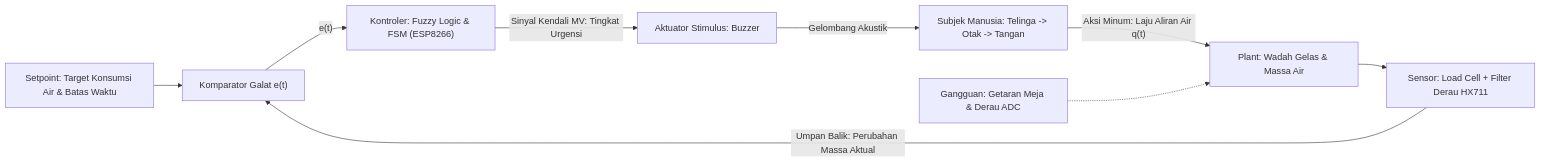
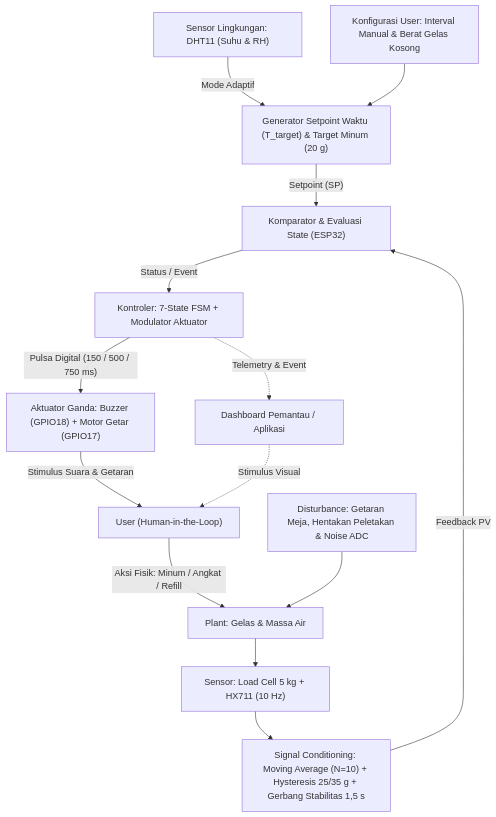
Before and after one commit to WindraNatan/Coaster: the diagram in docs/pemodelan_sistem_kendali.md, drawn with Mermaid. The commit also changed other lines of this file and 42 other files, not shown here.

````diff
--- a/docs/pemodelan_sistem_kendali.md
+++ b/docs/pemodelan_sistem_kendali.md
@@ -38,11 +37,19 @@
 ```mermaid
-flowchart LR
-    SP["Setpoint: Target Konsumsi Air & Batas Waktu"] --> SUM["Komparator Galat e(t)"]
-    SUM -->|"e(t)"| FLC["Kontroler: Fuzzy Logic & FSM (ESP8266)"]
-    FLC -->|"Sinyal Kendali MV: Tingkat Urgensi"| ACT["Aktuator Stimulus: Buzzer"]
-    ACT -->|"Gelombang Akustik"| HUMAN["Subjek Manusia: Telinga -> Otak -> Tangan"]
-    HUMAN -->|"Aksi Minum: Laju Aliran Air q(t)"| PLANT["Plant: Wadah Gelas & Massa Air"]
-    PLANT --> SENS["Sensor: Load Cell + Filter Derau HX711"]
-    SENS -->|"Umpan Balik: Perubahan Massa Aktual"| SUM
-    DIST["Gangguan: Getaran Meja & Derau ADC"] -.-> PLANT
+flowchart TD
+    DHT["Sensor Lingkungan: DHT11 (Suhu & RH)"] -->|"Mode Adaptif"| SP_GEN["Generator Setpoint Waktu (T_target) & Target Minum (20 g)"]
+    USER_SP["Konfigurasi User: Interval Manual & Berat Gelas Kosong"] --> SP_GEN
+
+    SP_GEN -->|"Setpoint (SP)"| COMP["Komparator & Evaluasi State (ESP32)"]
+    COMP -->|"Status / Event"| CTRL["Kontroler: 7-State FSM + Modulator Aktuator"]
+    CTRL -->|"Pulsa Digital (150 / 500 / 750 ms)"| ACT["Aktuator Ganda: Buzzer (GPIO18) + Motor Getar (GPIO17)"]
+    CTRL -.->|"Telemetry & Event"| APP["Dashboard Pemantau / Aplikasi"]
+
+    ACT -->|"Stimulus Suara & Getaran"| HUMAN["User (Human-in-the-Loop)"]
+    APP -.->|"Stimulus Visual"| HUMAN
+
+    HUMAN -->|"Aksi Fisik: Minum / Angkat / Refill"| PLANT["Plant: Gelas & Massa Air"]
+    DIST["Disturbance: Getaran Meja, Hentakan Peletakan & Noise ADC"] --> PLANT
+    PLANT --> SENSOR["Sensor: Load Cell 5 kg + HX711 (10 Hz)"]
+    SENSOR --> FILTER["Signal Conditioning: Moving Average (N=10) + Hysteresis 25/35 g + Gerbang Stabilitas 1,5 s"]
+    FILTER -->|"Feedback PV"| COMP
 ```
````
